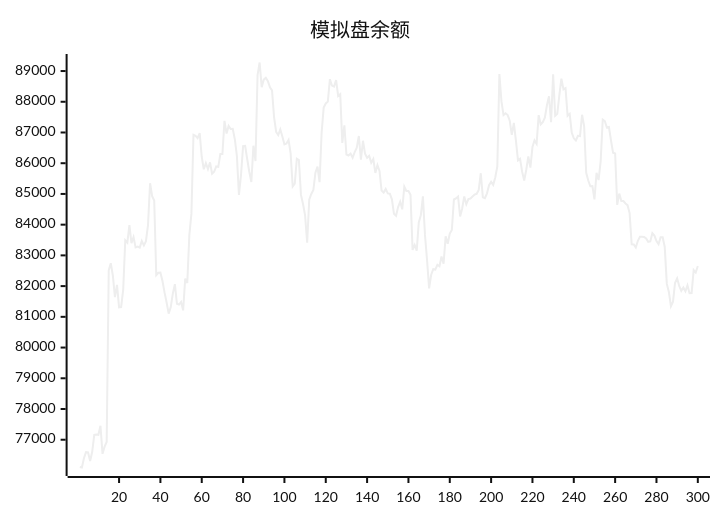
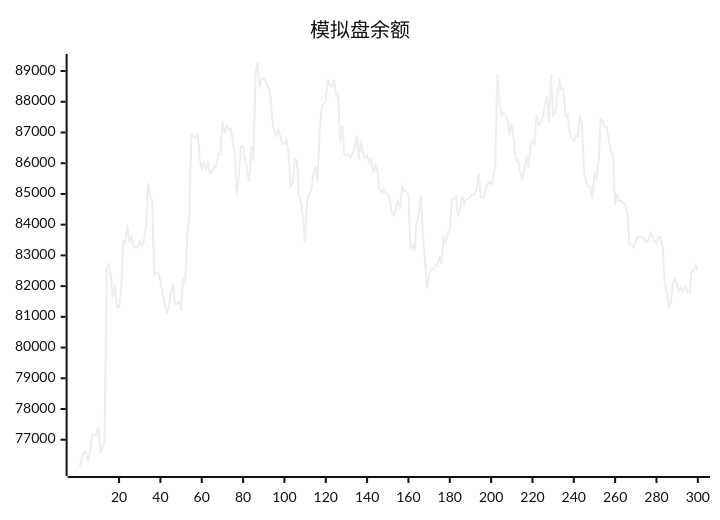
One commit to aahl/ai-trading changed the diagram in README.md. Above: the diagram before and after it, drawn with Mermaid (neutral theme). The commit also changed other lines of this file and 1 other file, not shown here.

````diff
--- a/README.md
+++ b/README.md
@@ -5,5 +5,5 @@
 ```mermaid
 xychart
     title "模拟盘余额"
-    line [76110,76096,76397,76594,76585,76310,76607,77160,77170,77160,77456,76541,76774,76927,82520,82744,82337,81639,82040,81307,81314,81887,83490,83414,83984,83396,83594,83261,83287,83253,83470,83327,83465,83987,85348,84930,84786,82355,82433,82438,82167,81795,81466,81105,81315,81756,82064,81426,81398,81481,81210,82242,82099,83658,84359,86925,86892,86814,86980,86203,85802,86003,85811,86028,85657,85721,85896,85880,86300,86299,87378,86965,87214,87115,87118,86780,86238,84966,85623,86555,86562,86129,85722,85387,86569,86070,88870,89278,88477,88720,88781,88668,88467,88372,87493,87018,86917,87102,86870,86613,86644,86758,86317,85242,85334,86149,86106,84968,84671,84302,83410,84816,85001,85127,85693,85891,85384,87001,87811,87945,88007,88734,88528,88495,88705,88189,88248,86662,87234,86279,86251,86314,86177,86364,86503,86886,86114,86731,86310,86176,86240,86017,86136,85685,85938,85749,85111,85044,85164,85016,85008,84824,84354,84287,84572,84745,84500,85234,85096,85095,84970,83180,83338,83157,84070,84309,84922,83667,82850,81924,82369,82552,82539,82695,82648,82962,82728,83619,83378,83710,83825,84819,84854,84917,84265,84527,84919,84668,84834,84850,84916,84981,85004,85131,85674,84891,84864,85019,85284,85393,85294,85538,85894,88904,88012,87567,87625,87568,87386,86920,87313,86737,86094,86143,85725,85437,85787,86219,85859,86526,86740,86630,87563,87264,87335,87483,87886,88180,87335,88894,87544,87608,88207,88755,88401,88444,87543,87608,87000,86810,86740,86894,86884,87576,87209,85686,85435,85251,85255,84820,85689,85453,86066,87420,87373,87161,87178,86740,86341,86315,84643,85012,84772,84768,84690,84635,84376,83360,83357,83259,83474,83608,83606,83602,83548,83440,83454,83724,83644,83464,83365,83590,83592,83275,82072,81806,81344,81492,82109,82254,82006,81848,81955,81829,82022,81769,81776,82522,82441,82656]
+    line [76096,76397,76594,76585,76310,76607,77160,77170,77160,77456,76541,76774,76927,82520,82744,82337,81639,82040,81307,81314,81887,83490,83414,83984,83396,83594,83261,83287,83253,83470,83327,83465,83987,85348,84930,84786,82355,82433,82438,82167,81795,81466,81105,81315,81756,82064,81426,81398,81481,81210,82242,82099,83658,84359,86925,86892,86814,86980,86203,85802,86003,85811,86028,85657,85721,85896,85880,86300,86299,87378,86965,87214,87115,87118,86780,86238,84966,85623,86555,86562,86129,85722,85387,86569,86070,88870,89278,88477,88720,88781,88668,88467,88372,87493,87018,86917,87102,86870,86613,86644,86758,86317,85242,85334,86149,86106,84968,84671,84302,83410,84816,85001,85127,85693,85891,85384,87001,87811,87945,88007,88734,88528,88495,88705,88189,88248,86662,87234,86279,86251,86314,86177,86364,86503,86886,86114,86731,86310,86176,86240,86017,86136,85685,85938,85749,85111,85044,85164,85016,85008,84824,84354,84287,84572,84745,84500,85234,85096,85095,84970,83180,83338,83157,84070,84309,84922,83667,82850,81924,82369,82552,82539,82695,82648,82962,82728,83619,83378,83710,83825,84819,84854,84917,84265,84527,84919,84668,84834,84850,84916,84981,85004,85131,85674,84891,84864,85019,85284,85393,85294,85538,85894,88904,88012,87567,87625,87568,87386,86920,87313,86737,86094,86143,85725,85437,85787,86219,85859,86526,86740,86630,87563,87264,87335,87483,87886,88180,87335,88894,87544,87608,88207,88755,88401,88444,87543,87608,87000,86810,86740,86894,86884,87576,87209,85686,85435,85251,85255,84820,85689,85453,86066,87420,87373,87161,87178,86740,86341,86315,84643,85012,84772,84768,84690,84635,84376,83360,83357,83259,83474,83608,83606,83602,83548,83440,83454,83724,83644,83464,83365,83590,83592,83275,82072,81806,81344,81492,82109,82254,82006,81848,81955,81829,82022,81769,81776,82522,82441,82656,82498]
 ```
````
